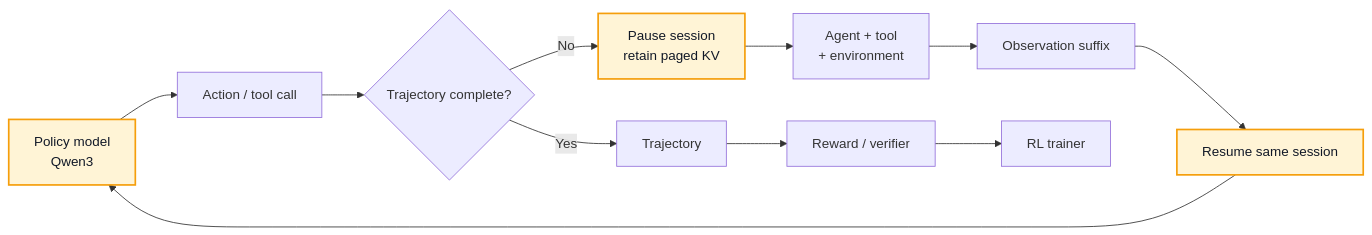
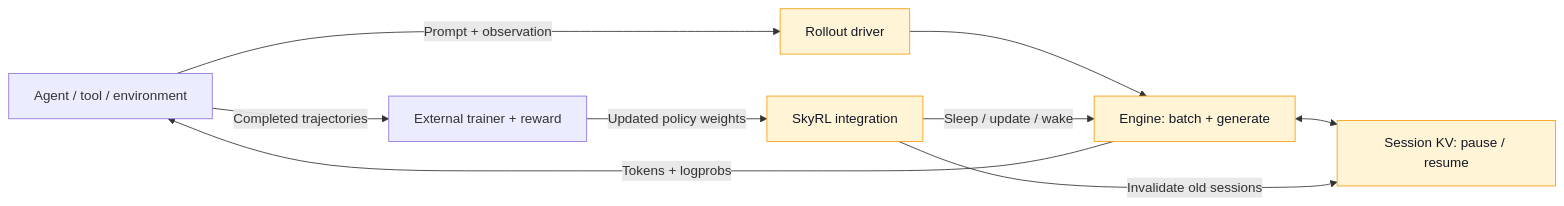
Before and after one commit to yuzheng310/qwen3-runtime: the diagram in README.md, drawn with Mermaid. The commit also changed other lines of this file and 26 other files, not shown here.

````diff
--- a/README.md
+++ b/README.md
@@ -95,16 +190,13 @@
 ```mermaid
 flowchart LR
-    P["Policy model<br/>Qwen3"] --> A["Action / tool call"]
-    A --> D{"Trajectory complete?"}
-    D -- "No" --> K["Pause session<br/>retain paged KV"]
-    K --> T["Agent + tool<br/>+ environment"]
-    T --> O["Observation suffix"]
-    O --> R["Resume same session"]
-    R --> P
-    D -- "Yes" --> X["Trajectory"]
-    X --> V["Reward / verifier"]
-    V --> L["RL trainer"]
-
-    classDef runtime fill:#fff4d6,stroke:#f59e0b,color:#111827,stroke-width:2px;
-    class P,K,R runtime;
+    A["Agent / tool / environment"] -->|"Prompt + observation"| D["Rollout driver"]
+    D --> E["Engine: batch + generate"]
+    E -->|"Tokens + logprobs"| A
+    E <--> K["Session KV: pause / resume"]
+    A -->|"Completed trajectories"| T["External trainer + reward"]
+    T -->|"Updated policy weights"| I["SkyRL integration"]
+    I -->|"Sleep / update / wake"| E
+    I -->|"Invalidate old sessions"| K
+    classDef runtime fill:#fff4d6,stroke:#f59e0b,color:#111827;
+    class D,E,K,I runtime;
 ```
````
